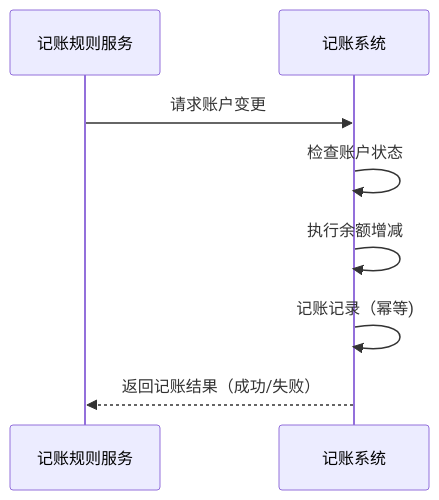
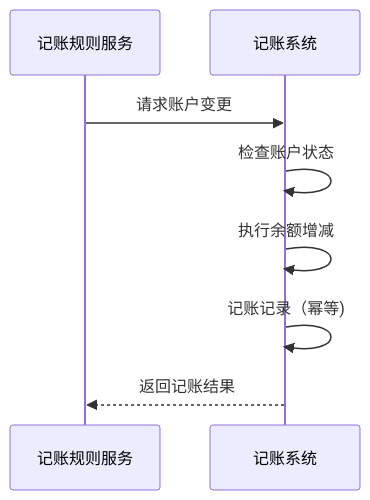
One commit to 87828943/iodraw-files changed the diagram in all/记账操作.md. Above: the diagram before and after it, drawn with Mermaid.

Commit message:
2025-07-07 16:20:08 update

````diff
--- a/all/记账操作.md
+++ b/all/记账操作.md
@@ -1,10 +1,10 @@
 ```mermaid
 sequenceDiagram
     participant A as 记账规则服务
     participant B as 记账系统
     A->>B: 请求账户变更
     B->>B: 检查账户状态
     B->>B: 执行余额增减
     B->>B: 记账记录（幂等)
-    B-->>A: 返回记账结果（成功/失败）
+    B-->>A: 返回记账结果
 ```
````
